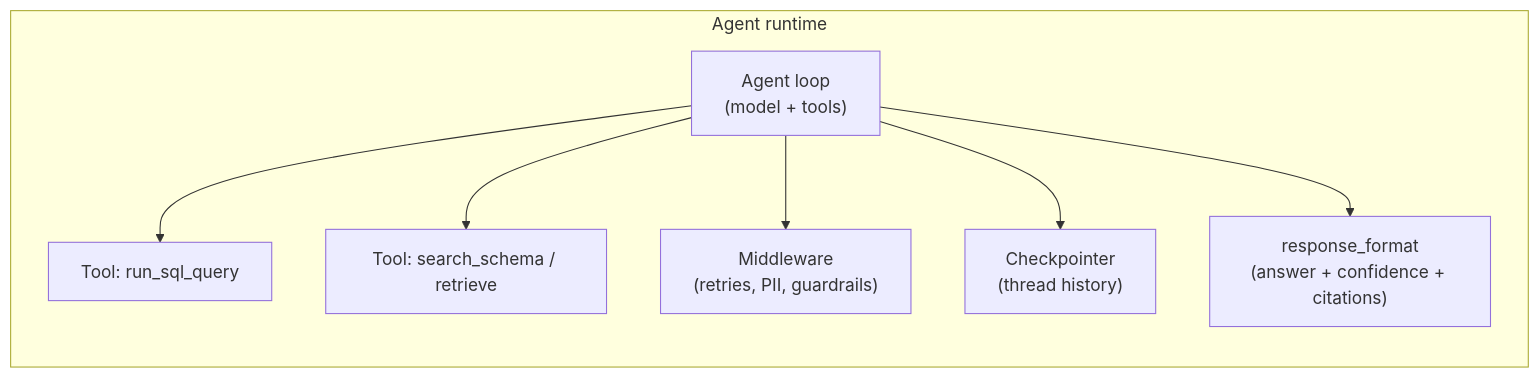
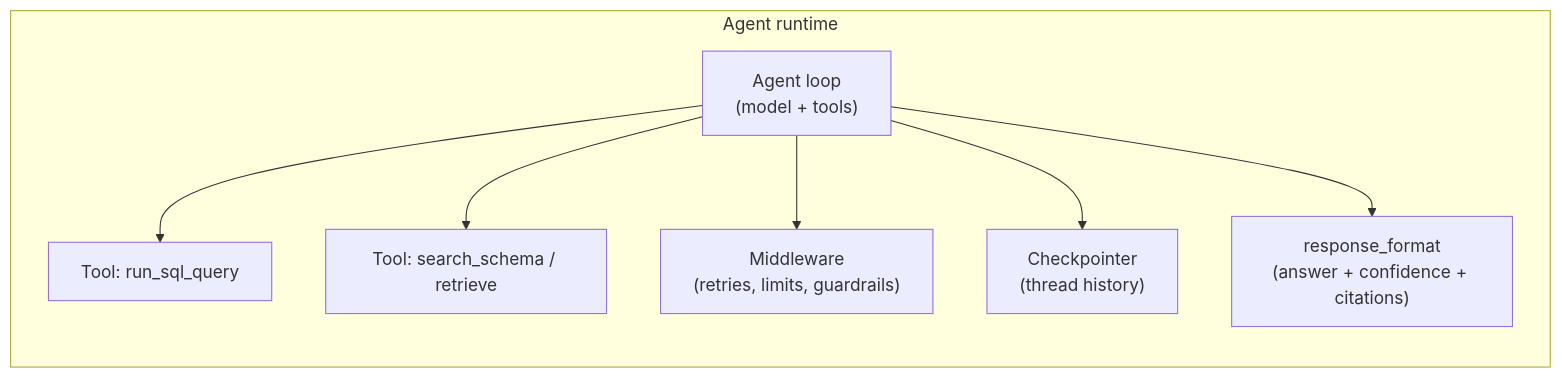
The third of 5 diagrams in docs/TDD.md (mahdiansarisadr/AccountingResearcher), drawn with Mermaid before and after one commit. The commit also changed other lines of this file, not shown here.

Commit message:
Remove data-privacy concerns from TDD; refine guardrail middleware; renumber ADRs

````diff
--- a/docs/TDD.md
+++ b/docs/TDD.md
@@ -93,16 +89,16 @@
 ```mermaid
 flowchart LR
     subgraph agentrt["Agent runtime"]
         loop["Agent loop<br/>(model + tools)"]
         sqltool["Tool: run_sql_query"]
         rettool["Tool: search_schema / retrieve"]
-        mw["Middleware<br/>(retries, PII, guardrails)"]
+        mw["Middleware<br/>(retries, limits, guardrails)"]
         mem["Checkpointer<br/>(thread history)"]
         ro["response_format<br/>(answer + confidence + citations)"]
     end
     loop --> sqltool
     loop --> rettool
     loop --> mw
     loop --> mem
     loop --> ro
 ```
````
